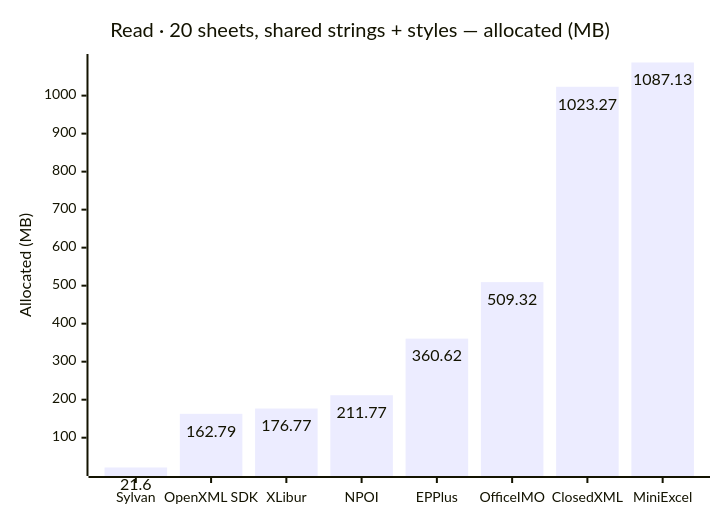
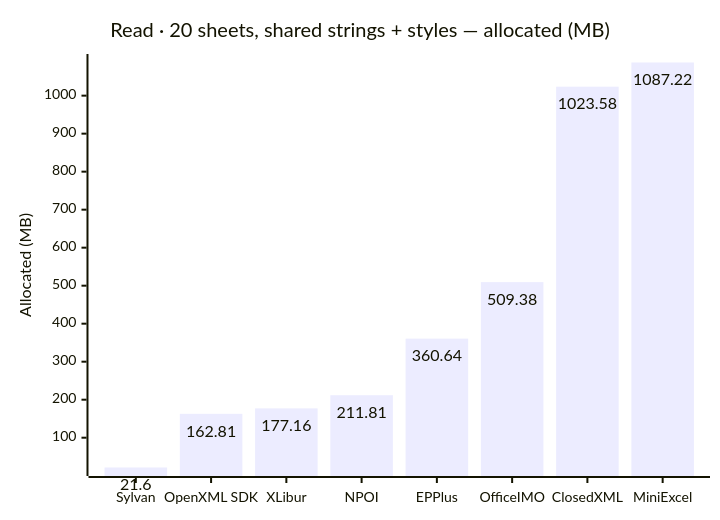
Before and after one commit to jafin/XLBench: the sixth of 18 diagrams in docs/results-ci.md, drawn with Mermaid. The commit also changed other lines of this file, not shown here.

````diff
--- a/docs/results-ci.md
+++ b/docs/results-ci.md
@@ -108,12 +108,12 @@
 ```mermaid
 ---
 config:
   xyChart:
     showDataLabel: true
 ---
 xychart-beta
     title "Read · 20 sheets, shared strings + styles — allocated (MB)"
     x-axis ["Sylvan", "OpenXML SDK", "XLibur", "NPOI", "EPPlus", "OfficeIMO", "ClosedXML", "MiniExcel"]
     y-axis "Allocated (MB)"
-    bar [21.6, 162.79, 176.77, 211.77, 360.62, 509.32, 1023.27, 1087.13]
+    bar [21.6, 162.81, 177.16, 211.81, 360.64, 509.38, 1023.58, 1087.22]
 ```
````
